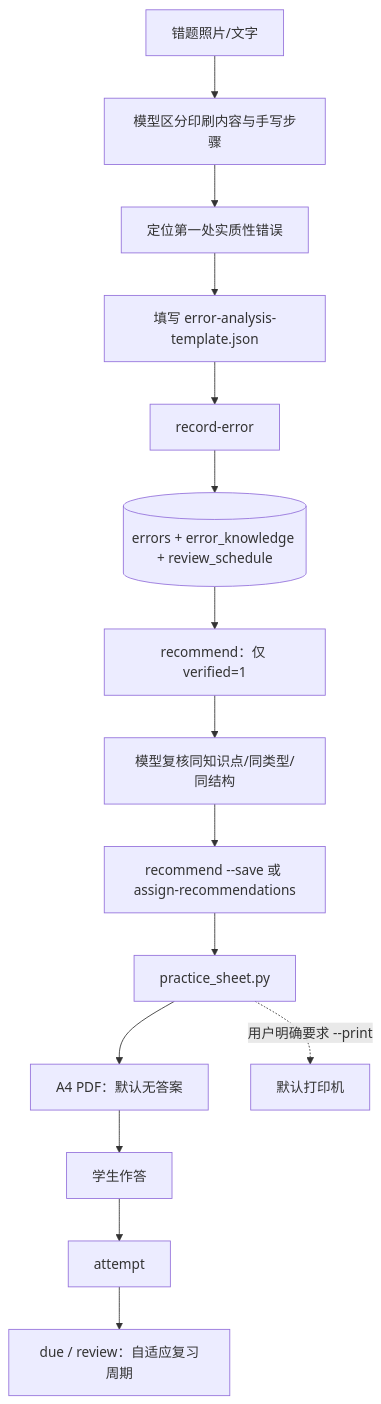
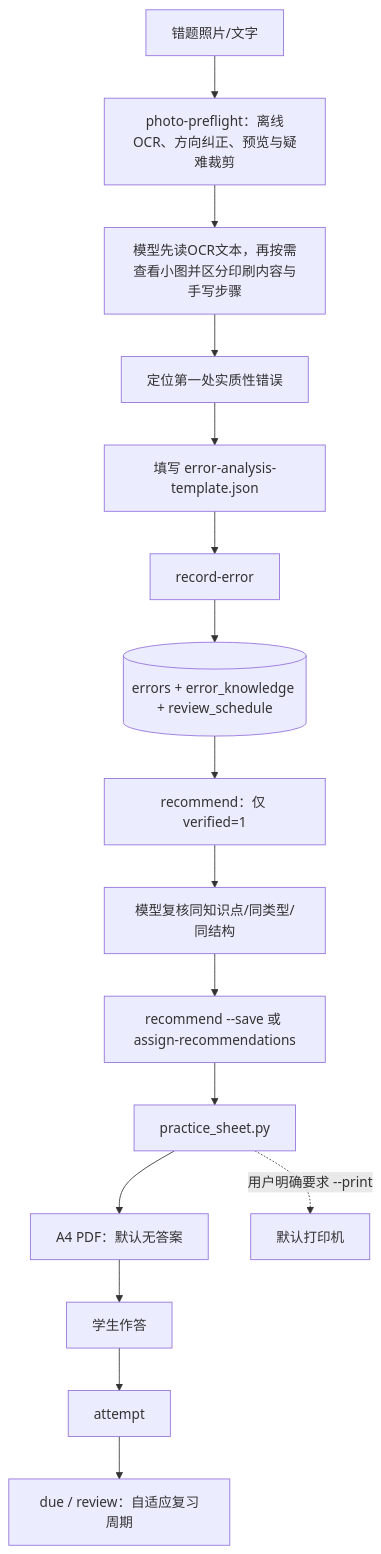
One commit to chjesu/lizhaolin-math-error-notebook changed the second of 5 diagrams in PROJECT_ARCHITECTURE.md. Above: the diagram before and after it, drawn with Mermaid. The commit also changed other lines of this file and 6 other files, not shown here.

Commit message:
feat: add cached offline OCR preflight for photo grading

````diff
--- a/PROJECT_ARCHITECTURE.md
+++ b/PROJECT_ARCHITECTURE.md
@@ -53,17 +54,18 @@
 ```mermaid
 flowchart TD
-    IMG["错题照片/文字"] --> G["模型区分印刷内容与手写步骤"]
+    IMG["错题照片/文字"] --> OCR["photo-preflight：离线OCR、方向纠正、预览与疑难裁剪"]
+    OCR --> G["模型先读OCR文本，再按需查看小图并区分印刷内容与手写步骤"]
     G --> W["定位第一处实质性错误"]
     W --> J["填写 error-analysis-template.json"]
     J --> RE["record-error"]
     RE --> E[("errors + error_knowledge + review_schedule")]
     E --> RC["recommend：仅 verified=1"]
     RC --> RV["模型复核同知识点/同类型/同结构"]
     RV --> SR["recommend --save 或 assign-recommendations"]
     SR --> PS["practice_sheet.py"]
     PS --> PDF["A4 PDF：默认无答案"]
     PS -. "用户明确要求 --print" .-> PRINT["默认打印机"]
     PDF --> AT["学生作答"]
     AT --> ATT["attempt"]
     ATT --> DUE["due / review：自适应复习周期"]
 ```
````
